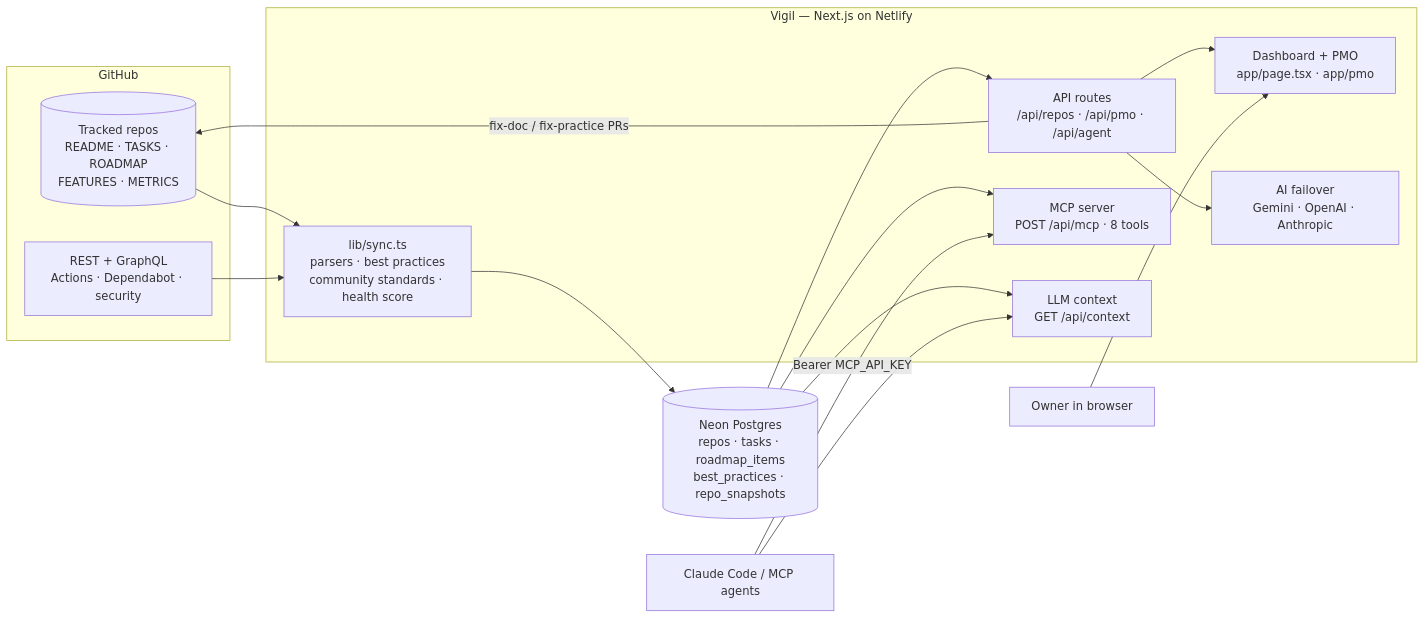
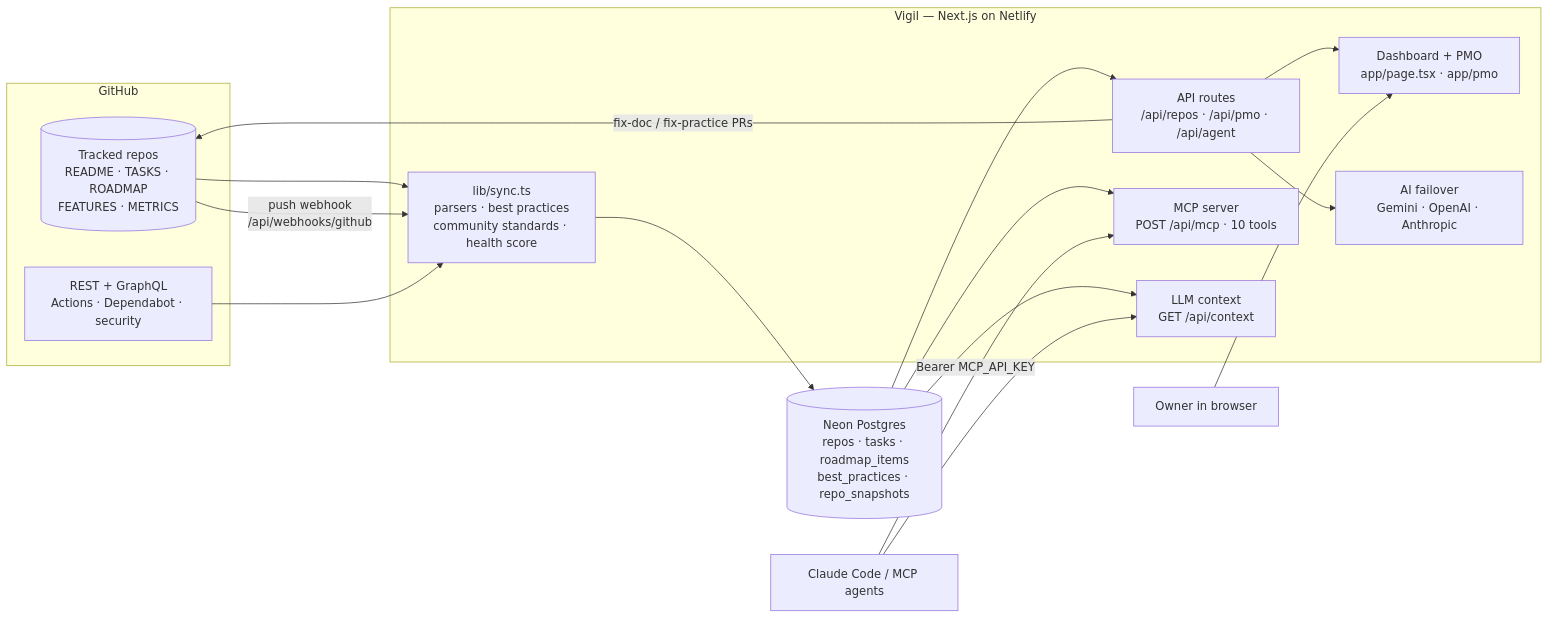
Before and after one commit to nitsuah/vigil: the diagram in docs/diagrams/architecture.mmd, drawn with Mermaid. The commit also changed 51 other files, not shown here.

```diff
--- a/docs/diagrams/architecture.mmd
+++ b/docs/diagrams/architecture.mmd
@@ -1,31 +1,32 @@
 %% Vigil architecture — rendered to architecture.svg by .github/workflows/visual-docs.yml
 flowchart LR
   subgraph GH[GitHub]
     repos[(Tracked repos<br/>README · TASKS · ROADMAP<br/>FEATURES · METRICS)]
     api[REST + GraphQL<br/>Actions · Dependabot · security]
   end
 
   subgraph Vigil[Vigil — Next.js on Netlify]
     sync[lib/sync.ts<br/>parsers · best practices<br/>community standards · health score]
     ui[Dashboard + PMO<br/>app/page.tsx · app/pmo]
     routes[API routes<br/>/api/repos · /api/pmo · /api/agent]
-    mcp[MCP server<br/>POST /api/mcp · 8 tools]
+    mcp[MCP server<br/>POST /api/mcp · 10 tools]
     ctx[LLM context<br/>GET /api/context]
     ai[AI failover<br/>Gemini · OpenAI · Anthropic]
   end
 
   db[(Neon Postgres<br/>repos · tasks · roadmap_items<br/>best_practices · repo_snapshots)]
   agents[Claude Code / MCP agents]
   user[Owner in browser]
 
   repos --> sync
+  repos -- push webhook<br/>/api/webhooks/github --> sync
   api --> sync
   sync --> db
   db --> routes --> ui
   db --> mcp
   db --> ctx
   routes --> ai
   routes -- fix-doc / fix-practice PRs --> repos
   user --> ui
   agents -- Bearer MCP_API_KEY --> mcp
   agents --> ctx
```
